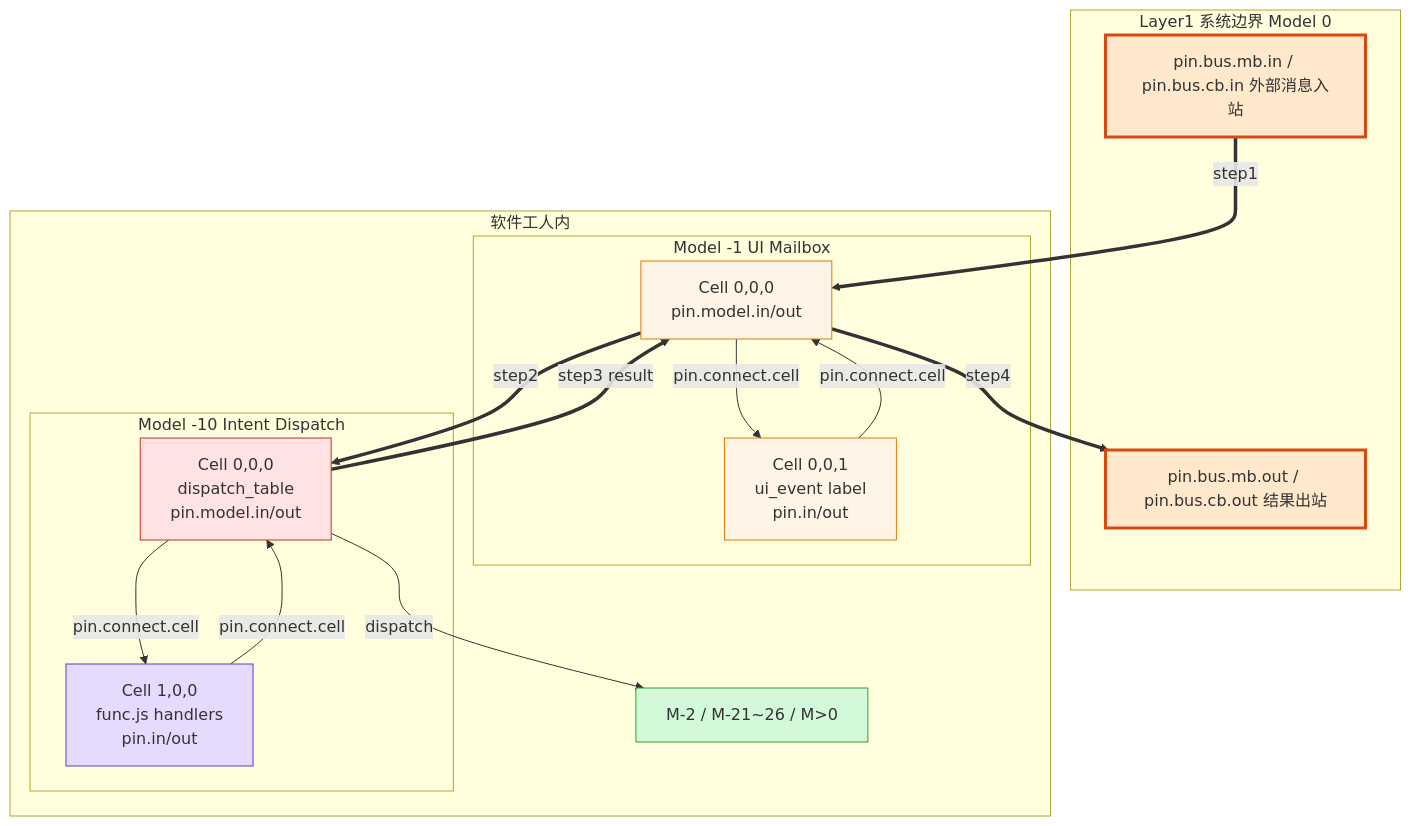
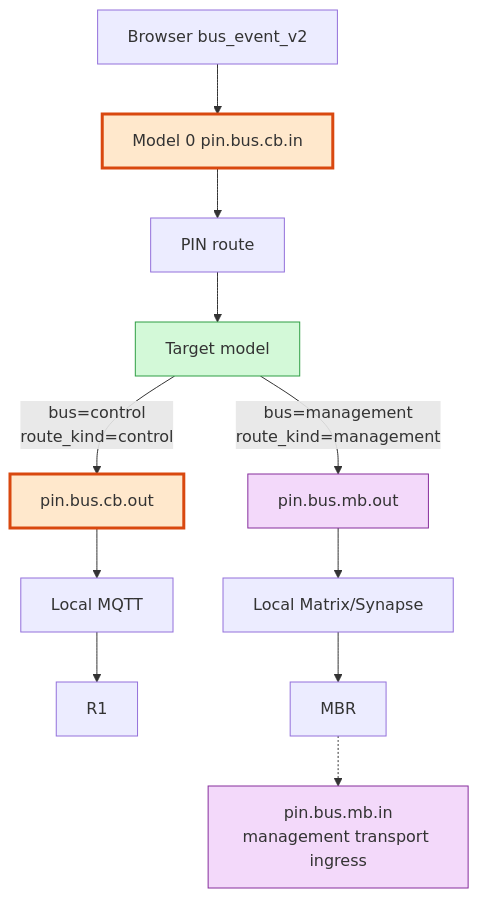
One commit to drooop/dongyu_js_core changed the second of 2 diagrams in docs/ssot/ui_model_pin_routing_architecture.md. Above: the diagram before and after it, drawn with Mermaid. The commit also changed other lines of this file and 101 other files, not shown here.

````diff
--- a/docs/ssot/ui_model_pin_routing_architecture.md
+++ b/docs/ssot/ui_model_pin_routing_architecture.md
@@ -109,39 +105,19 @@
 ```mermaid
-graph TB
-    subgraph l1["Layer1 系统边界 Model 0"]
-        bus_in["pin.bus.mb.in / pin.bus.cb.in 外部消息入站"]
-        bus_out["pin.bus.mb.out / pin.bus.cb.out 结果出站"]
-    end
+flowchart TB
+    browser["Browser bus_event_v2"] --> cb_in["Model 0 pin.bus.cb.in"]
+    cb_in --> route["PIN route"]
+    route --> target["Target model"]
+    target -->|"bus=control<br/>route_kind=control"| cb_out["pin.bus.cb.out"]
+    cb_out --> mqtt["Local MQTT"]
+    mqtt --> r1["R1"]
+    target -->|"bus=management<br/>route_kind=management"| mb_out["pin.bus.mb.out"]
+    mb_out --> matrix["Local Matrix/Synapse"]
+    matrix --> mbr["MBR"]
+    mbr -.-> mb_in["pin.bus.mb.in<br/>management transport ingress"]
 
-    subgraph l2["软件工人内"]
-        subgraph m1_box["Model -1 UI Mailbox"]
-            m1_root["Cell 0,0,0<br/>pin.model.in/out"]
-            m1_mb["Cell 0,0,1<br/>ui_event label<br/>pin.in/out"]
-            m1_root -->|"pin.connect.cell"| m1_mb
-            m1_mb -->|"pin.connect.cell"| m1_root
-        end
-
-        subgraph m10_box["Model -10 Intent Dispatch"]
-            m10_root["Cell 0,0,0<br/>dispatch_table<br/>pin.model.in/out"]
-            m10_fn["Cell 1,0,0<br/>func.js handlers<br/>pin.in/out"]
-            m10_root -->|"pin.connect.cell"| m10_fn
-            m10_fn -->|"pin.connect.cell"| m10_root
-        end
-
-        targets["M-2 / M-21~26 / M>0"]
-    end
-
-    bus_in ==>|"step1"| m1_root
-    m1_root ==>|"step2"| m10_root
-    m10_root -->|"dispatch"| targets
-    m10_root ==>|"step3 result"| m1_root
-    m1_root ==>|"step4"| bus_out
-
-    style bus_in fill:#ffe8cc,stroke:#d9480f,stroke-width:3px,color:#333
-    style bus_out fill:#ffe8cc,stroke:#d9480f,stroke-width:3px,color:#333
-    style m1_root fill:#fff4e6,stroke:#e67700,color:#333
-    style m1_mb fill:#fff4e6,stroke:#e67700,color:#333
-    style m10_root fill:#ffe3e3,stroke:#c92a2a,color:#333
-    style m10_fn fill:#e5dbff,stroke:#5f3dc4,color:#333
-    style targets fill:#d3f9d8,stroke:#2f9e44,color:#333
+    style cb_in fill:#ffe8cc,stroke:#d9480f,stroke-width:3px,color:#333
+    style cb_out fill:#ffe8cc,stroke:#d9480f,stroke-width:3px,color:#333
+    style mb_out fill:#f3d9fa,stroke:#862e9c,color:#333
+    style mb_in fill:#f3d9fa,stroke:#862e9c,color:#333
+    style target fill:#d3f9d8,stroke:#2f9e44,color:#333
 ```
````
